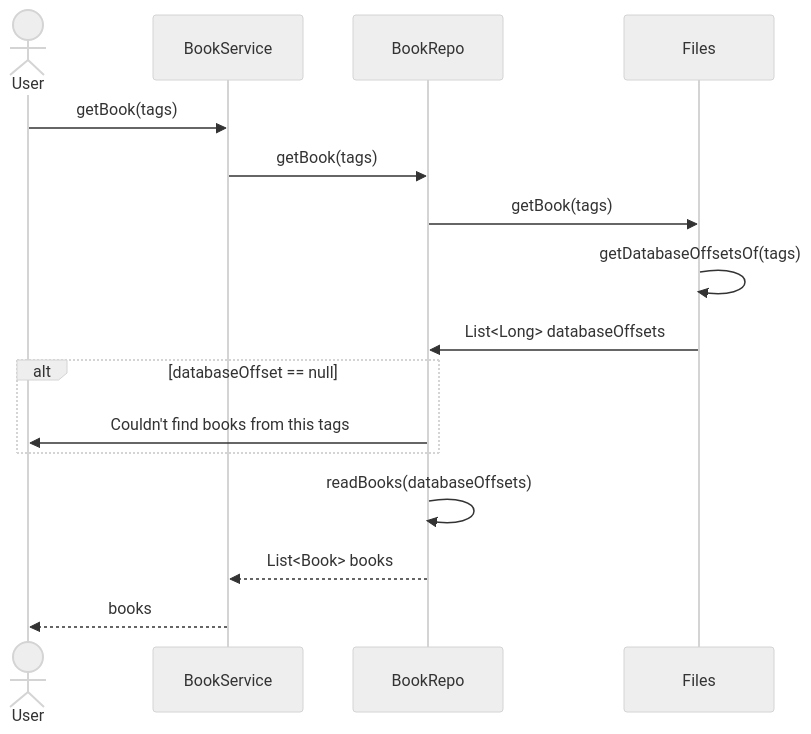
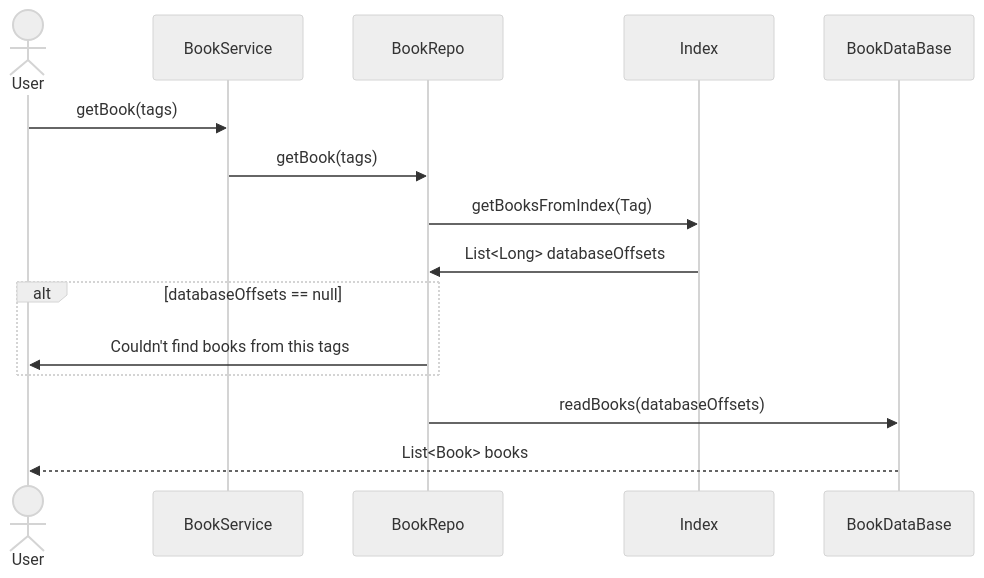
Before and after one commit to Apameus/Bookly: the fifth of 7 diagrams in docs/high_level_architecture.md, drawn with Mermaid (neutral theme). The commit also changed other lines of this file and 1 other file, not shown here.

````diff
--- a/docs/high_level_architecture.md
+++ b/docs/high_level_architecture.md
@@ -69,19 +70,18 @@
 ```mermaid
 sequenceDiagram
     actor U as User
     participant BS as BookService
     participant BR as BookRepo
-    participant F as Files
+    participant I as Index
+    participant DB as BookDataBase
     U ->> BS: getBook(tags)
     BS ->> BR: getBook(tags)
-    BR ->> F: getBook(tags)
-    F ->> F: getDatabaseOffsetsOf(tags)
-    F ->> BR: List<Long> databaseOffsets
-    alt databaseOffset == null
+    BR ->> I: getBooksFromIndex(Tag)
+    I ->> BR: List<Long> databaseOffsets
+    alt databaseOffsets == null
         BR ->> U: Couldn't find books from this tags    
     end
-    BR ->> BR: readBooks(databaseOffsets)
-    BR -->> BS: List<Book> books
-    BS -->> U: books
+    BR ->> DB: readBooks(databaseOffsets)
+    DB -->> U: List<Book> books
 
 ```
````
